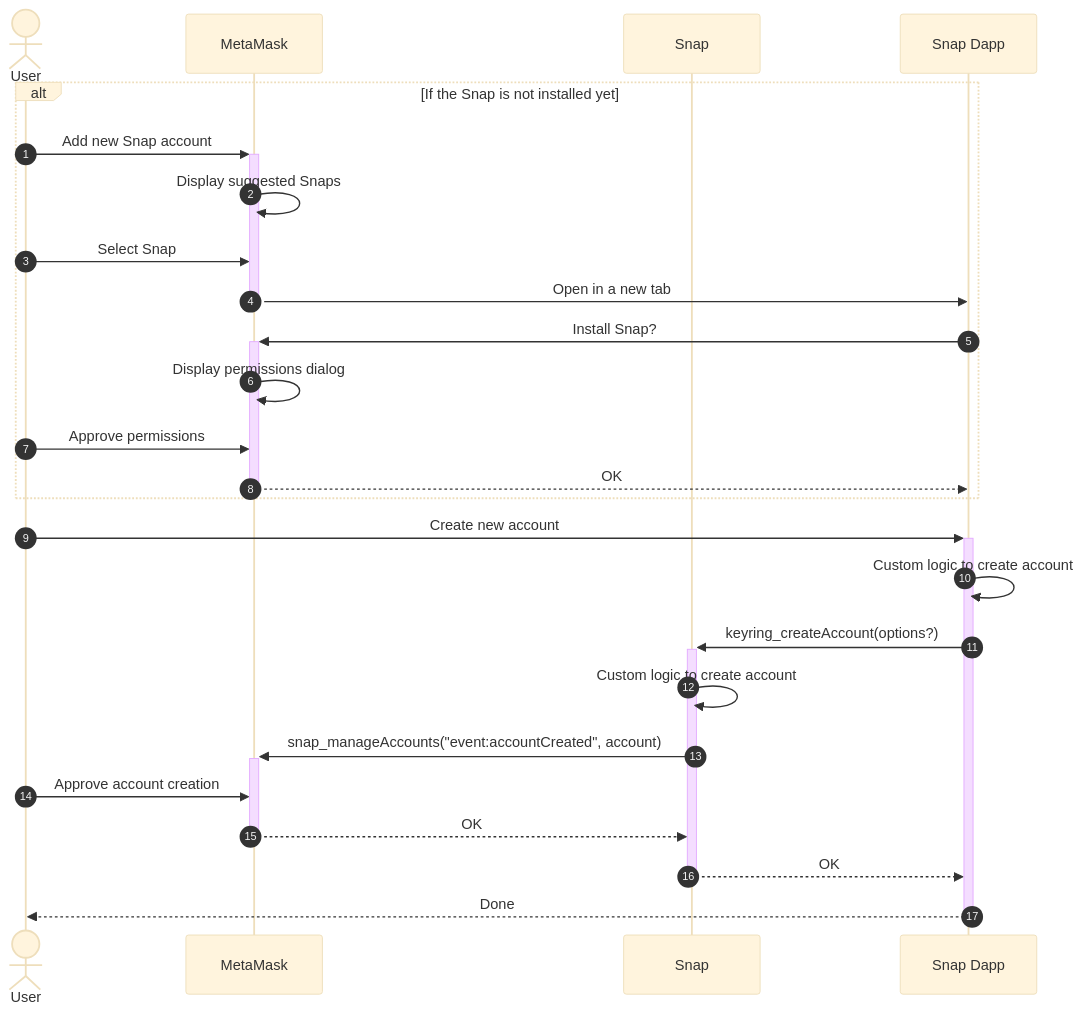
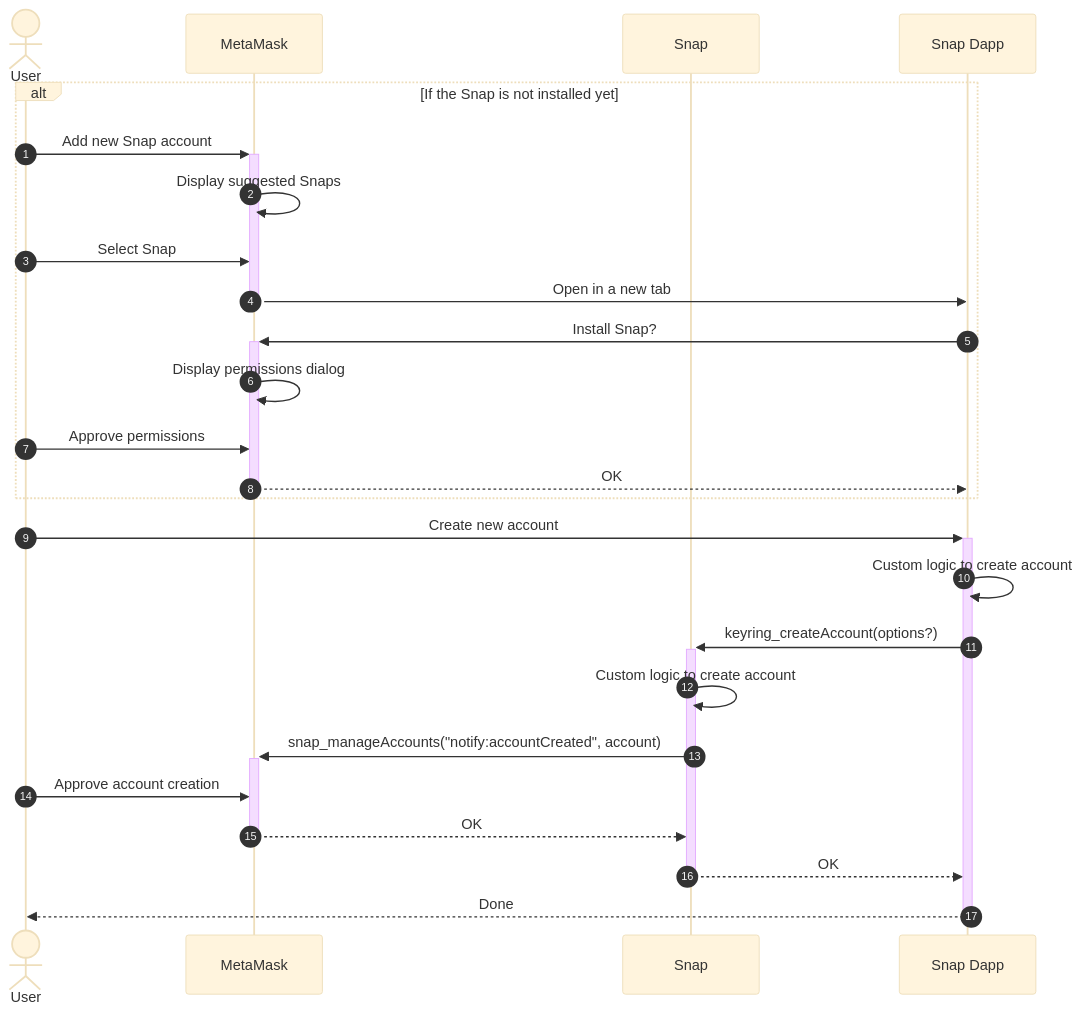
One commit to MetaMask/keyring-api changed the second of 4 diagrams in docs/architecture.md. Above: the diagram before and after it, drawn with Mermaid (base theme). The commit also changed other lines of this file, not shown here.

Commit message:
docs: update `snap_manageAccounts` arguments (`event` -> `notify`)

````diff
--- a/docs/architecture.md
+++ b/docs/architecture.md
@@ -55,32 +55,32 @@
 ```mermaid
 sequenceDiagram
 autonumber
 
 actor User
 participant MetaMask
 participant Snap
 participant Site as Snap Dapp
 
 alt If the Snap is not installed yet
   User ->>+ MetaMask: Add new Snap account
   MetaMask ->> MetaMask: Display suggested Snaps
   User ->> MetaMask: Select Snap
   MetaMask ->> Site: Open in a new tab
   deactivate MetaMask
 
   Site ->>+ MetaMask: Install Snap?
   MetaMask ->> MetaMask: Display permissions dialog
   User ->> MetaMask: Approve permissions
   MetaMask -->>- Site: OK
 end
 
 User ->>+ Site: Create new account
 Site ->> Site: Custom logic to create account
 Site ->>+ Snap: keyring_createAccount(options?)
 Snap ->> Snap: Custom logic to create account
-Snap ->>+ MetaMask: snap_manageAccounts("event:accountCreated", account)
+Snap ->>+ MetaMask: snap_manageAccounts("notify:accountCreated", account)
 User ->> MetaMask: Approve account creation
 MetaMask -->>- Snap: OK
 Snap -->>- Site: OK
 Site -->>- User: Done
 ```
````
